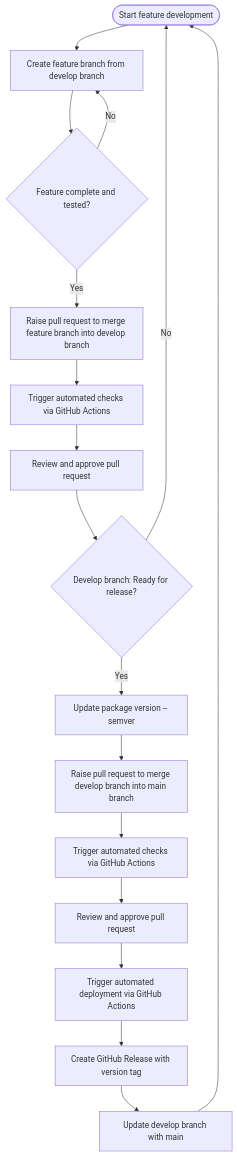
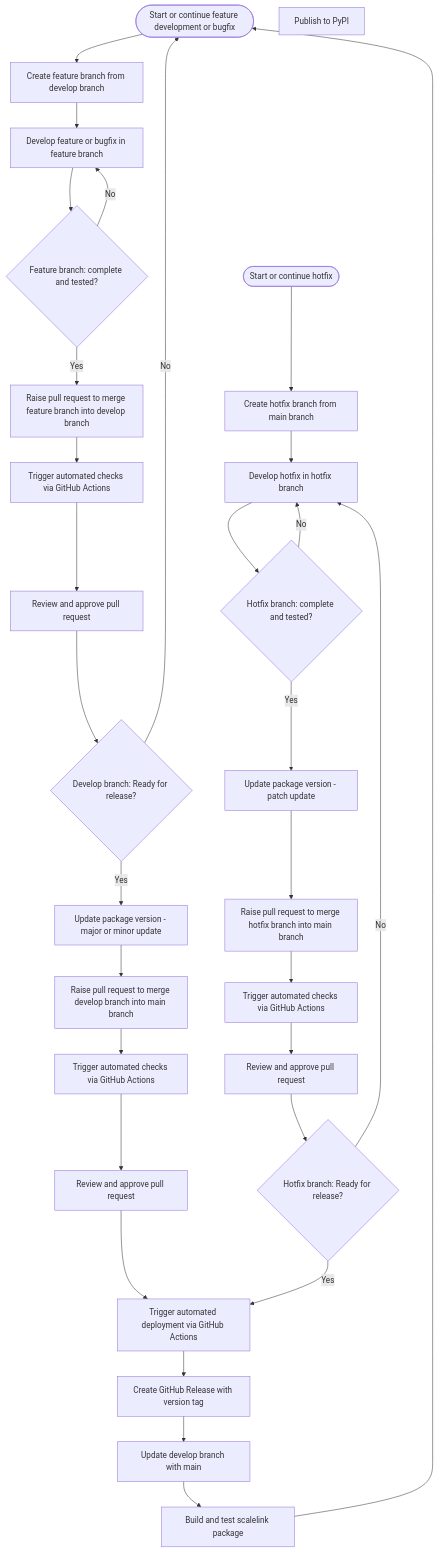
One commit to ONSdigital/scalelink changed the diagram in docs/branch_and_deploy_guide.md. Above: the diagram before and after it, drawn with Mermaid. The commit also changed other lines of this file, not shown here.

Commit message:
docs: update branch and deploy guide

````diff
--- a/docs/branch_and_deploy_guide.md
+++ b/docs/branch_and_deploy_guide.md
@@ -177,34 +197,61 @@
 ```mermaid
 graph TD
-    A([Start feature development])
+    A([Start or continue feature development or bugfix])
     B[Create feature branch from develop branch]
-    C{Feature complete and tested?}
-    D[Raise pull request to merge feature branch into develop branch]
-    E[Trigger automated checks via GitHub Actions]
-    F[Review and approve pull request]
-    G{Develop branch: Ready for release?}
-    H[Update package version -- semver]
-    I[Raise pull request to merge develop branch into main branch]
-    J[Trigger automated checks via GitHub Actions]
-    K[Review and approve pull request]
-    L[Trigger automated deployment via GitHub Actions]
-    M[Create GitHub Release with version tag]
-    N[Update develop branch with main]
-
+    C[Develop feature or bugfix in feature branch]
+    D{Feature branch: complete and tested?}
+    E[Raise pull request to merge feature branch into develop branch]
+    F[Trigger automated checks via GitHub Actions]
+    G[Review and approve pull request]
+    H{Develop branch: Ready for release?}
+    I[Update package version - major or minor update]
+    J[Raise pull request to merge develop branch into main branch]
+    K[Trigger automated checks via GitHub Actions]
+    L[Review and approve pull request]
+    M[Trigger automated deployment via GitHub Actions]
+    N[Create GitHub Release with version tag]
+    O[Update develop branch with main]
+    P[Build and test scalelink package]
+    Q[Publish to PyPI]
+    
+    R([Start or continue hotfix])
+    S[Create hotfix branch from main branch]
+    T[Develop hotfix in hotfix branch]
+    U{Hotfix branch: complete and tested?}
+    V[Update package version - patch update]
+    W[Raise pull request to merge hotfix branch into main branch]
+    X[Trigger automated checks via GitHub Actions]
+    Y[Review and approve pull request]
+    Z{Hotfix branch: Ready for release?}
+    
     A --> B
     B --> C
-    C -- No --> B
-    C -- Yes --> D
-    D --> E
+    C --> D
+    D -- No --> C
+    D -- Yes --> E
     E --> F
     F --> G
-    G -- No --> A
-    G -- Yes --> H
-    H --> I
+    G --> H
+    H -- No --> A
+    H -- Yes --> I
     I --> J
     J --> K
     K --> L
     L --> M
     M --> N
-    N --> A
+    N --> O
+    O --> P
+    P --> A
+    
+    R --> S
+    S --> T
+    T --> U
+    U -- No --> T
+    U -- Yes --> V
+    V --> W
+    W --> X
+    X --> Y
+    Y --> Z
+    Z -- No --> T
+    Z -- Yes --> M
 ```
````
